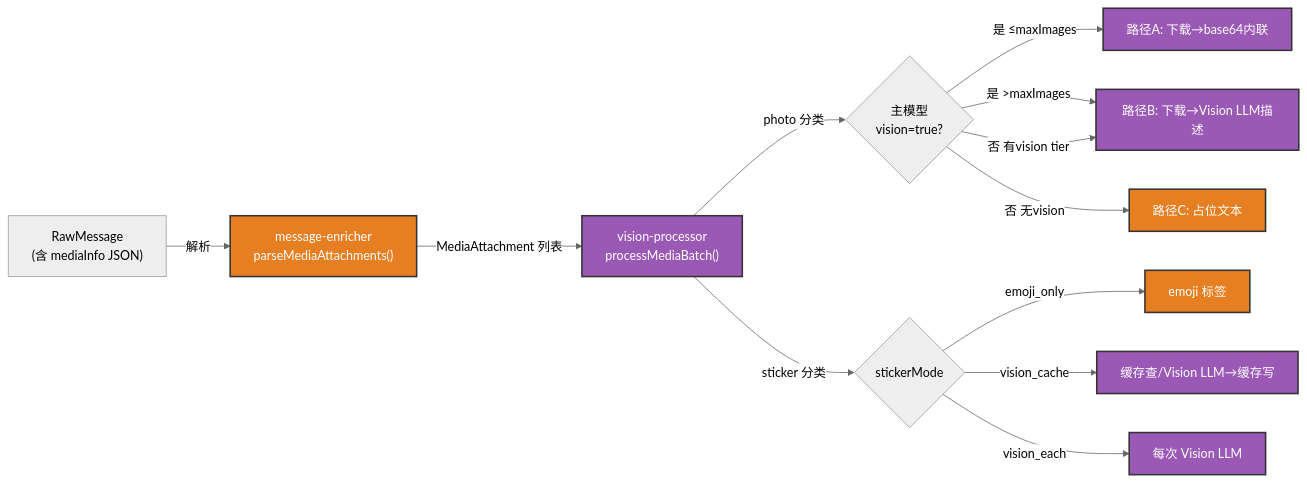
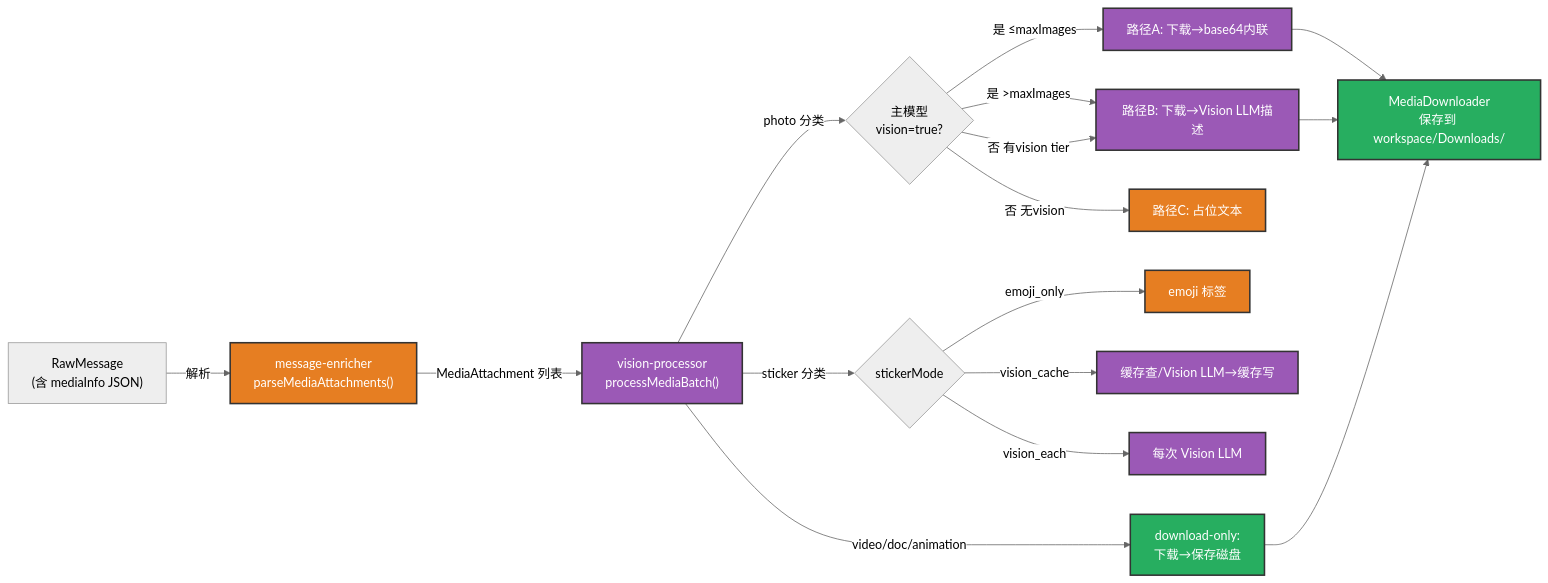
The third of 4 diagrams in docs/architecture_v2.md (mitang-tal/CyberGroupmate), drawn with Mermaid (neutral theme) before and after one commit. The commit also changed other lines of this file and 22 other files, not shown here.

````diff
--- a/docs/architecture_v2.md
+++ b/docs/architecture_v2.md
@@ -154,17 +167,22 @@
 ```mermaid
 graph LR
     classDef vfill fill:#9b59b6,stroke:#333,stroke-width:2px,color:#fff;
     classDef afill fill:#e67e22,stroke:#333,stroke-width:2px,color:#fff;
+    classDef dfill fill:#27ae60,stroke:#333,stroke-width:2px,color:#fff;
 
     RM["RawMessage\n(含 mediaInfo JSON)"] -->|解析| ME["message-enricher\nparseMediaAttachments()"]:::afill
     ME -->|MediaAttachment 列表| VP["vision-processor\nprocessMediaBatch()"]:::vfill
     VP -->|photo 分类| PA{"主模型\nvision=true?"}
     PA -->|是 ≤maxImages| PathA["路径A: 下载→base64内联"]:::vfill
     PA -->|是 >maxImages| PathB["路径B: 下载→Vision LLM描述"]:::vfill
     PA -->|否 有vision tier| PathB
     PA -->|否 无vision| PathC["路径C: 占位文本"]:::afill
     VP -->|sticker 分类| SM{stickerMode}
     SM -->|emoji_only| SE["emoji 标签"]:::afill
     SM -->|vision_cache| SVC["缓存查/Vision LLM→缓存写"]:::vfill
     SM -->|vision_each| SVE["每次 Vision LLM"]:::vfill
+    VP -->|"video/doc/animation"| DL["download-only:\n下载→保存磁盘"]:::dfill
+    PathA --> SAVE["MediaDownloader\n保存到 workspace/Downloads/"]:::dfill
+    PathB --> SAVE
+    DL --> SAVE
 ```
````
